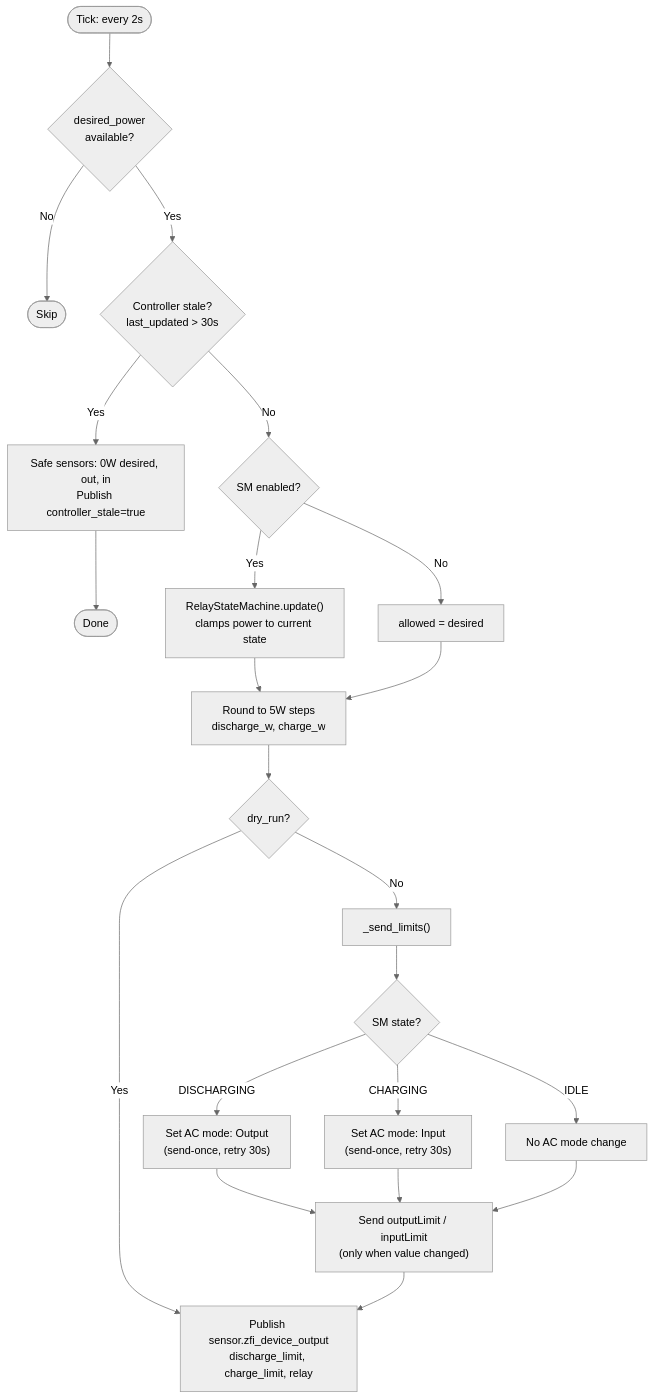
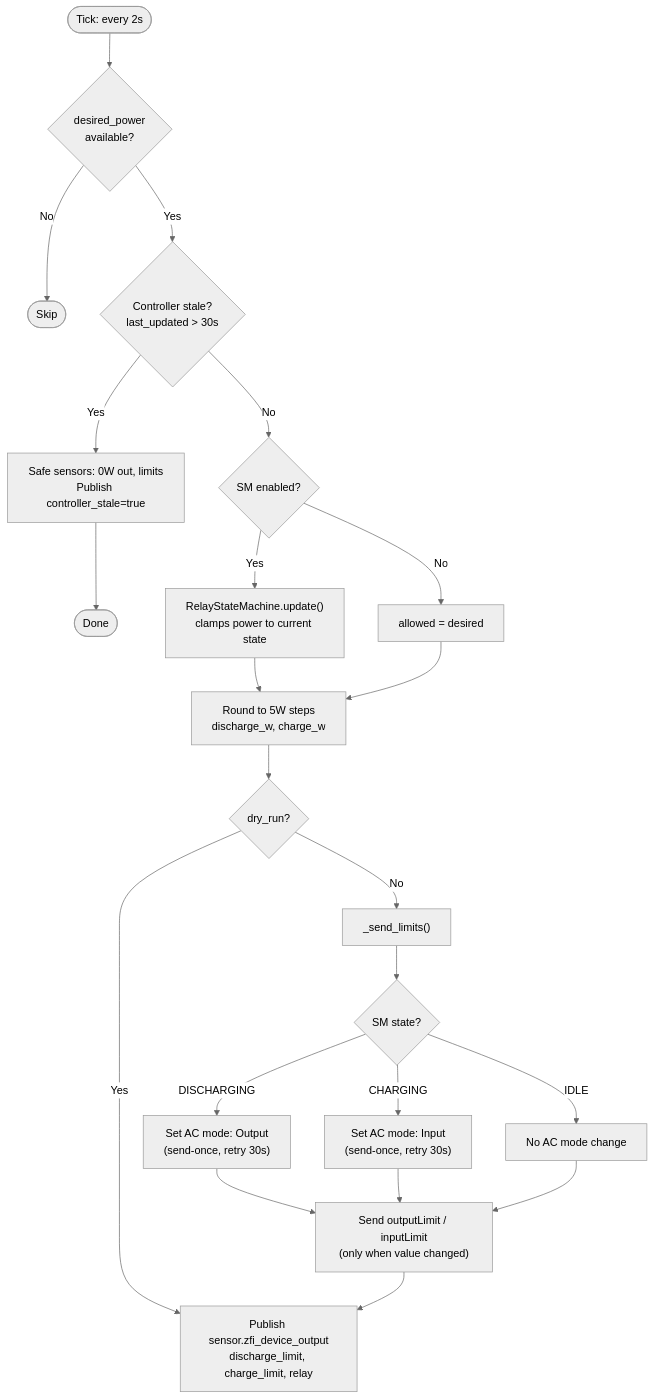
One commit to steffenruehl/ha-zero-feed-in changed the second of 3 diagrams in docs/zero_feed_in_docs.md. Above: the diagram before and after it, drawn with Mermaid (neutral theme). The commit also changed other lines of this file and 5 other files, not shown here.

First line of the commit message:
Fix spurious stale-check drops: use last_reported, don't overwrite desired_power

````diff
--- a/docs/zero_feed_in_docs.md
+++ b/docs/zero_feed_in_docs.md
@@ -442,34 +443,34 @@
 ```mermaid
 flowchart TD
     A([Tick: every 2s]) --> B{desired_power<br>available?}
     B -- No --> Z([Skip])
     B -- Yes --> STALE{Controller stale?<br>last_updated > 30s}
-    STALE -- Yes --> SAFE["Safe sensors: 0W desired, out, in<br>Publish controller_stale=true"]
+    STALE -- Yes --> SAFE["Safe sensors: 0W out, limits<br>Publish controller_stale=true"]
     SAFE --> Z2([Done])
     STALE -- No --> SM{SM enabled?}
     SM -- Yes --> SMU["RelayStateMachine.update()<br>clamps power to current state"]
     SM -- No --> PASS["allowed = desired"]
     SMU --> RND
     PASS --> RND
 
     RND["Round to 5W steps<br>discharge_w, charge_w"]
 
     RND --> DRY{dry_run?}
     DRY -- Yes --> PUB
     DRY -- No --> SEND
 
     SEND["_send_limits()"]
     SEND --> ACM{"SM state?"}
     ACM -- DISCHARGING --> AO["Set AC mode: Output<br>(send-once, retry 30s)"]
     ACM -- CHARGING --> AI["Set AC mode: Input<br>(send-once, retry 30s)"]
     ACM -- IDLE --> SKIP_AC["No AC mode change"]
 
     AO --> LIM
     AI --> LIM
     SKIP_AC --> LIM
 
     LIM["Send outputLimit / inputLimit<br>(only when value changed)"]
 
     LIM --> PUB
     PUB["Publish sensor.zfi_device_output<br>discharge_limit, charge_limit, relay"]
 ```
````
